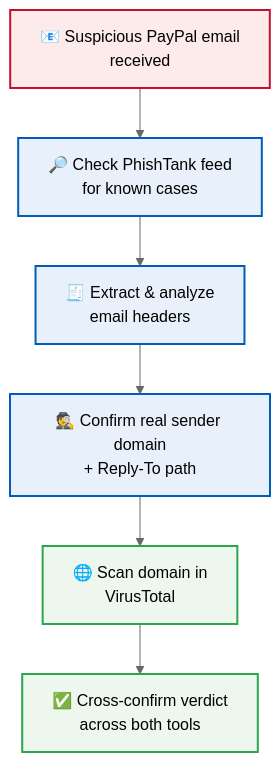
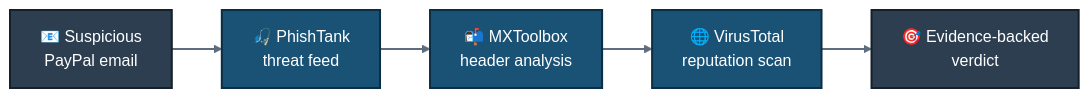
The first of 2 diagrams in 1-Foundational-Projects/project-01-phishing-email-investigation/README.md (malaika-azhar/Cybersecurity-Lab-Projects), drawn with Mermaid (neutral theme) before and after one commit. The commit also changed other lines of this file, not shown here.

````diff
--- a/1-Foundational-Projects/project-01-phishing-email-investigation/README.md
+++ b/1-Foundational-Projects/project-01-phishing-email-investigation/README.md
@@ -115,15 +106,14 @@
 ```mermaid
-flowchart TD
-    A["📧 Suspicious PayPal email<br/>received"] --> B["🔎 Check PhishTank feed<br/>for known cases"]
-    B --> C["🧾 Extract & analyze<br/>email headers"]
-    C --> D["🕵️ Confirm real sender domain<br/>+ Reply-To path"]
-    D --> E["🌐 Scan domain in<br/>VirusTotal"]
-    E --> F["✅ Cross-confirm verdict<br/>across both tools"]
+flowchart LR
+    A["📧 Suspicious<br/>PayPal email"]:::stage
+    B["🎣 PhishTank<br/>threat feed"]:::tool
+    C["📬 MXToolbox<br/>header analysis"]:::tool
+    D["🌐 VirusTotal<br/>reputation scan"]:::tool
+    E["🎯 Evidence-backed<br/>verdict"]:::stage
 
-    classDef alert fill:#fdeaea,stroke:#C8102E,stroke-width:2px,color:#000
-    classDef work fill:#e8f1fb,stroke:#005EB8,stroke-width:2px,color:#000
-    classDef done fill:#eef7ee,stroke:#2ea44f,stroke-width:2px,color:#000
-    class A alert
-    class B,C,D work
-    class E,F done
+    A --> B --> C --> D --> E
+
+    classDef stage fill:#2C3E50,stroke:#16202A,stroke-width:2px,color:#FFFFFF
+    classDef tool fill:#1A5276,stroke:#0B2E43,stroke-width:2px,color:#FFFFFF
+    linkStyle default stroke:#5D6D7E,stroke-width:2px
 ```
````
